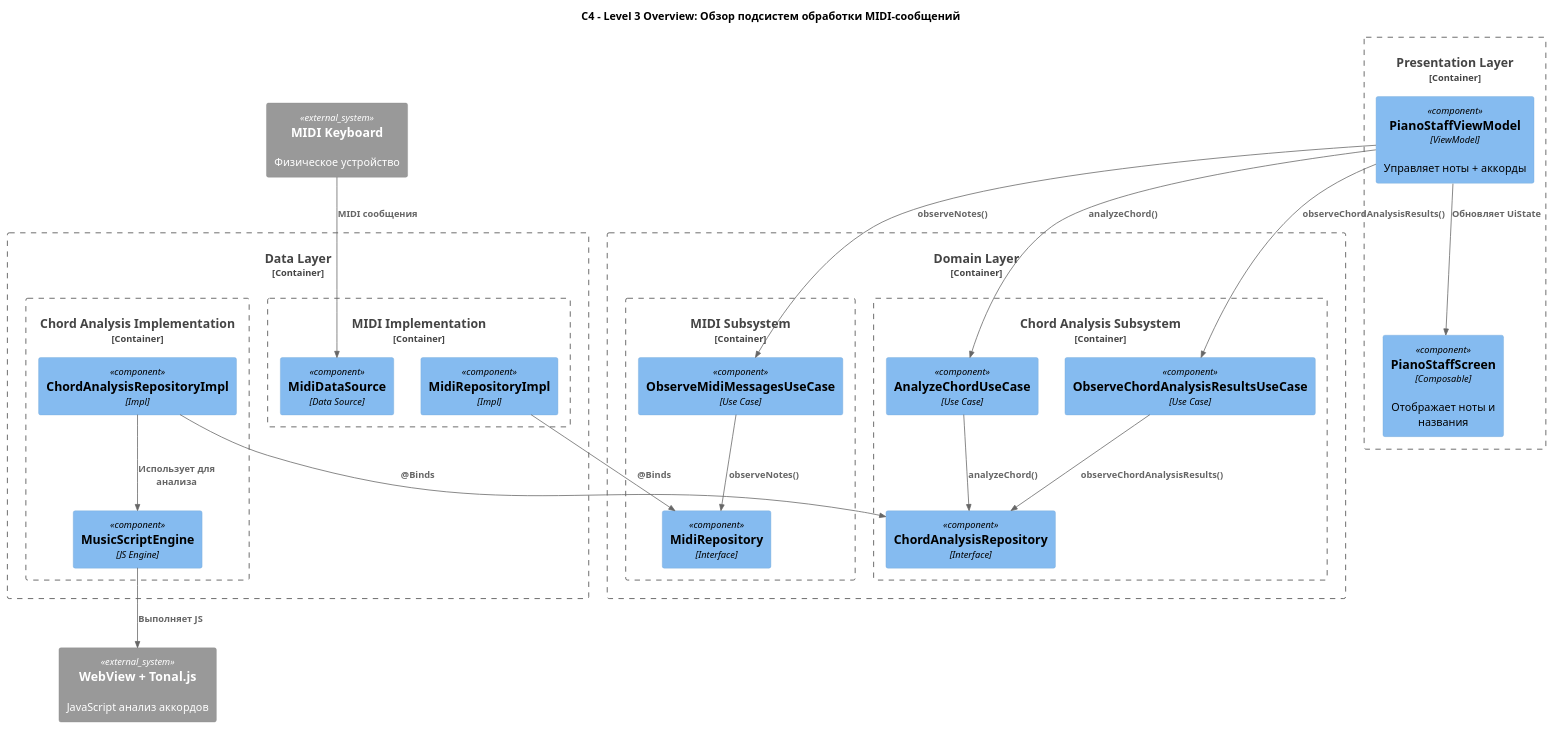
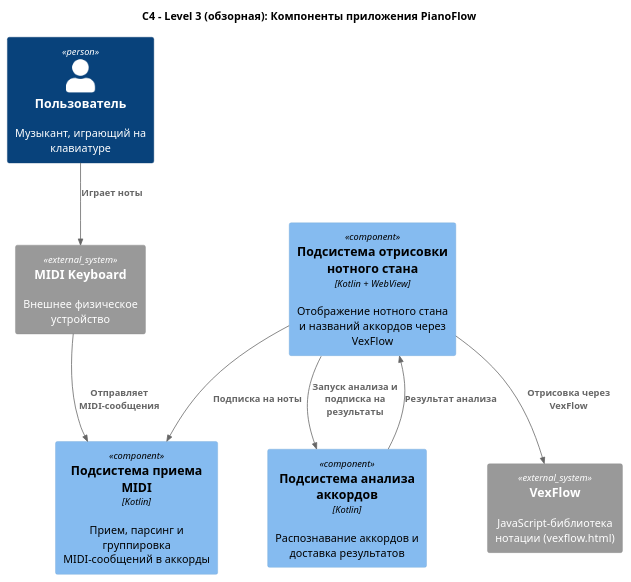
The first of 10 diagrams in docs/ru/specs/MIDI_MESSAGE_PROCESSING.md (astrizhachuk/PianoFlow), drawn with PlantUML before and after one commit. The commit also changed other lines of this file and 30 other files, not shown here.

First line of the commit message:
feat(domain): native Kotlin chord analysis service (#16)

````diff
--- a/docs/ru/specs/MIDI_MESSAGE_PROCESSING.md
+++ b/docs/ru/specs/MIDI_MESSAGE_PROCESSING.md
@@ -50,59 +52,23 @@
 ```plantuml
 @startuml
 !include https://raw.githubusercontent.com/plantuml-stdlib/C4-PlantUML/master/C4_Component.puml
 
-title C4 - Level 3 Overview: Обзор подсистем обработки MIDI-сообщений
+title C4 - Level 3 (обзорная): Компоненты приложения PianoFlow
 
-System_Ext(midi_device, "MIDI Keyboard", "Физическое устройство")
-System_Ext(webview_js, "WebView + Tonal.js", "JavaScript анализ аккордов")
+Person(user, "Пользователь", "Музыкант, играющий на клавиатуре")
+System_Ext(midi_device, "MIDI Keyboard", "Внешнее физическое устройство")
+System_Ext(vexflow, "VexFlow", "JavaScript-библиотека нотации (vexflow.html)")
 
-Container_Boundary(presentation, "Presentation Layer") {
-    Component(vm, "PianoStaffViewModel", "ViewModel", "Управляет ноты + аккорды")
-    Component(screen, "PianoStaffScreen", "Composable", "Отображает ноты и названия")
-}
+Component(midi_subsystem, "Подсистема приема MIDI", "Kotlin", "Прием, парсинг и группировка MIDI-сообщений в аккорды")
+Component(chord_subsystem, "Подсистема анализа аккордов", "Kotlin", "Распознавание аккордов и доставка результатов")
+Component(rendering_subsystem, "Подсистема отрисовки нотного стана", "Kotlin + WebView", "Отображение нотного стана и названий аккордов через VexFlow")
 
-Container_Boundary(domain, "Domain Layer") {
-    Container_Boundary(midi_subsystem, "MIDI Subsystem") {
-        Component(observe_midi, "ObserveMidiMessagesUseCase", "Use Case", "")
-        Component(midi_repo, "MidiRepository", "Interface", "")
-    }
-    
-    Container_Boundary(chord_subsystem, "Chord Analysis Subsystem") {
-        Component(analyze_chord, "AnalyzeChordUseCase", "Use Case", "")
-        Component(observe_chord, "ObserveChordAnalysisResultsUseCase", "Use Case", "")
-        Component(chord_repo, "ChordAnalysisRepository", "Interface", "")
-    }
-}
-
-Container_Boundary(data, "Data Layer") {
-    Container_Boundary(midi_impl, "MIDI Implementation") {
-        Component(midi_repo_impl, "MidiRepositoryImpl", "Impl", "")
-        Component(ds, "MidiDataSource", "Data Source", "")
-    }
-    
-    Container_Boundary(chord_impl, "Chord Analysis Implementation") {
-        Component(chord_repo_impl, "ChordAnalysisRepositoryImpl", "Impl", "")
-        Component(js_engine, "MusicScriptEngine", "JS Engine", "")
-    }
-}
-
-' Связи
-Rel(midi_device, ds, "MIDI сообщения")
-Rel(chord_repo_impl, js_engine, "Использует для анализа")
-Rel(js_engine, webview_js, "Выполняет JS")
-
-Rel(vm, observe_midi, "observeNotes()")
-Rel(vm, analyze_chord, "analyzeChord()")
-Rel(vm, observe_chord, "observeChordAnalysisResults()")
-
-Rel(observe_midi, midi_repo, "observeNotes()")
-Rel(analyze_chord, chord_repo, "analyzeChord()")
-Rel(observe_chord, chord_repo, "observeChordAnalysisResults()")
-
-Rel(midi_repo_impl, midi_repo, "@Binds")
-Rel(chord_repo_impl, chord_repo, "@Binds")
-
-Rel(vm, screen, "Обновляет UiState")
+Rel(user, midi_device, "Играет ноты")
+Rel(midi_device, midi_subsystem, "Отправляет MIDI-сообщения")
+Rel(rendering_subsystem, midi_subsystem, "Подписка на ноты")
+Rel(rendering_subsystem, chord_subsystem, "Запуск анализа и подписка на результаты")
+Rel(chord_subsystem, rendering_subsystem, "Результат анализа")
+Rel(rendering_subsystem, vexflow, "Отрисовка через VexFlow")
 
 @enduml
 ```
````
